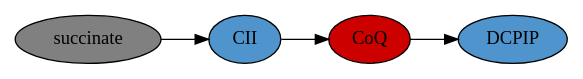
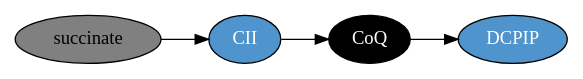
The fourth of 6 diagrams in methods/mito/mito.org (hendersonmpa/study-notes), drawn with Graphviz before and after one commit. The commit also changed other lines of this file and 19 other files, not shown here.

```diff
--- a/methods/mito/mito.org
+++ b/methods/mito/mito.org
@@ -214,15 +217,15 @@
 #+BEGIN_SRC dot :file ./mito/figures/c2.pdf :cmdline -Kdot -Tpdf
   digraph {
            // graph from left to right
            rankdir=LR;
            splines=true;
            node [shape=oval];
-           q [label="CoQ", fillcolor=red3, style=filled];    
-           dc [label="DCPIP", fillcolor=steelblue3, style=filled];     
-           c2 [label="CII", fillcolor=steelblue3, style=filled];     
+           q [label="CoQ", fillcolor=black, fontcolor=white, style=filled];    
+           dc [label="DCPIP", fillcolor=steelblue3, fontcolor=white, style=filled];     
+           c2 [label="CII", fillcolor=steelblue3, fontcolor=white, style=filled];     
            s [label="succinate", fillcolor=grey, style=filled];     
            s -> c2;
            c2 -> q;
            q -> dc;
            }    
 #+END_SRC
```
